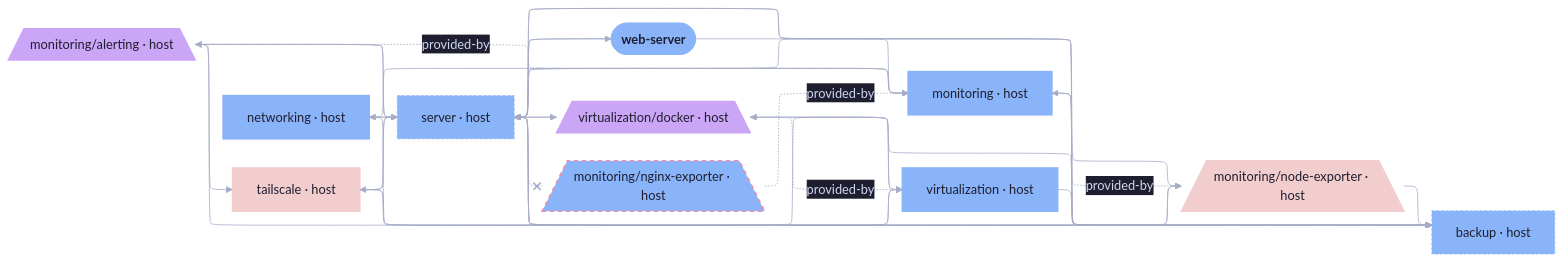
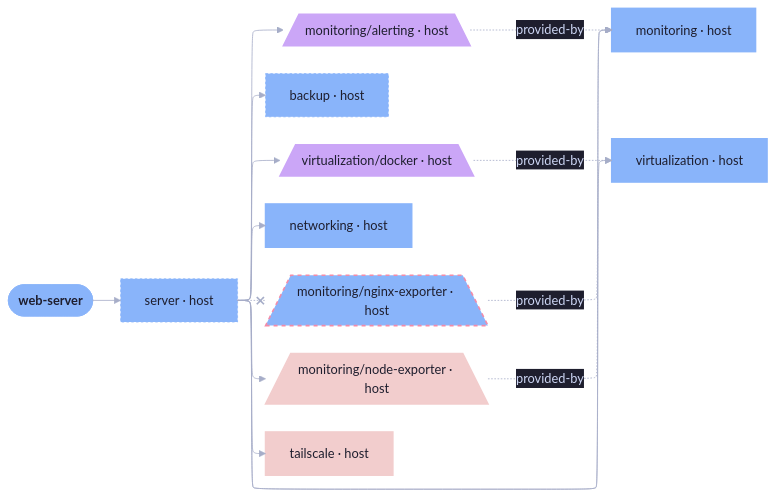
One commit to sini/den changed the diagram in templates/diag-fx-demo/diagrams/web-server-decisions.md. Above: the diagram before and after it, drawn with Mermaid. The commit also changed 849 other files, not shown here.

Commit message:
chore: update fx diagrams

````diff
--- a/templates/diag-fx-demo/diagrams/web-server-decisions.md
+++ b/templates/diag-fx-demo/diagrams/web-server-decisions.md
@@ -5,65 +5,43 @@
 ```mermaid
 %%{init: {"elk":{"mergeEdges":true,"nodePlacementStrategy":"BRANDES_KOEPF"},"layout":"elk","theme":"base","themeVariables":{"activationBkgColor":"#313244","activationBorderColor":"#6c7086","actorBkg":"#313244","actorBorder":"#a6adc8","actorLineColor":"#a6adc8","actorTextColor":"#cdd6f4","background":"#1e1e2e","classText":"#cdd6f4","clusterBkg":"#313244","clusterBorder":"#6c7086","edgeLabelBackground":"#1e1e2e","labelBoxBkgColor":"#313244","labelBoxBorderColor":"#a6adc8","labelTextColor":"#cdd6f4","lineColor":"#a6adc8","loopTextColor":"#cdd6f4","mainBkg":"#313244","nodeBkg":"#313244","nodeBorder":"#a6adc8","nodeTextColor":"#cdd6f4","noteBkgColor":"#313244","noteBorderColor":"#6c7086","noteTextColor":"#cdd6f4","pie1":"#f38ba8","pie2":"#fab387","pie3":"#f9e2af","pie4":"#a6e3a1","pie5":"#94e2d5","pie6":"#89b4fa","pie7":"#cba6f7","pie8":"#f2cdcd","pieLegendTextColor":"#cdd6f4","pieOuterStrokeColor":"#6c7086","pieSectionTextColor":"#cdd6f4","pieStrokeColor":"#6c7086","pieTitleTextColor":"#cdd6f4","primaryBorderColor":"#a6adc8","primaryColor":"#313244","primaryTextColor":"#cdd6f4","secondBkg":"#313244","secondaryBorderColor":"#6c7086","secondaryColor":"#313244","secondaryTextColor":"#cdd6f4","sequenceNumberColor":"#1e1e2e","signalColor":"#a6adc8","signalTextColor":"#cdd6f4","tertiaryBorderColor":"#6c7086","tertiaryColor":"#313244","tertiaryTextColor":"#cdd6f4","textColor":"#cdd6f4","titleColor":"#cdd6f4"}}}%%
 graph LR
   web_server([web-server]):::root
   monitoring__alerting[/"monitoring/alerting · host"\]:::monitoring__alerting_c
   backup["backup · host"]:::backup_c
   virtualization__docker[/"virtualization/docker · host"\]:::virtualization__docker_c
   monitoring["monitoring · host"]:::monitoring_c
   networking["networking · host"]:::networking_c
   monitoring__nginx_exporter[/"monitoring/nginx-exporter · host"\]:::monitoring__nginx_exporter_c
   monitoring__node_exporter[/"monitoring/node-exporter · host"\]:::monitoring__node_exporter_c
   server["server · host"]:::server_c
   tailscale["tailscale · host"]:::tailscale_c
   virtualization["virtualization · host"]:::virtualization_c
 
-  backup --> server
-  monitoring --> backup
-  monitoring__alerting --> backup
-  monitoring__node_exporter --> backup
-  networking --> backup
+  server --> monitoring__alerting
   server --> backup
-  tailscale --> backup
-  virtualization --> backup
-  virtualization__docker --> backup
-  web_server --> backup
-  monitoring --> server
-  monitoring__alerting --> server
-  monitoring__node_exporter --> server
-  networking --> server
-  tailscale --> server
-  virtualization --> server
-  virtualization__docker --> server
-  web_server --> server
-  monitoring --> monitoring__node_exporter
-  monitoring__alerting --> tailscale
-  networking --> monitoring
-  server --> monitoring__alerting
   server --> virtualization__docker
   server --> monitoring
   server --> networking
   server -.-x monitoring__nginx_exporter
   server --> monitoring__node_exporter
   server --> tailscale
   server --> virtualization
-  server --> web_server
-  tailscale --> virtualization
-  virtualization --> virtualization__docker
+  web_server --> server
   monitoring__node_exporter -.->|provided-by| monitoring
   monitoring__nginx_exporter -.->|provided-by| monitoring
   monitoring__alerting -.->|provided-by| monitoring
   virtualization__docker -.->|provided-by| virtualization
 
   classDef root fill:#89b4fa,stroke:#89b4fa,color:#1e1e2e,font-weight:bold
   classDef monitoring__alerting_c fill:#cba6f7,stroke:#cba6f7,color:#1e1e2e,stroke-width:2px
   classDef backup_c fill:#89b4fa,stroke:#89b4fa,color:#1e1e2e,stroke-dasharray: 3 3,stroke-width:1px
   classDef virtualization__docker_c fill:#cba6f7,stroke:#cba6f7,color:#1e1e2e,stroke-width:2px
   classDef monitoring_c fill:#89b4fa,stroke:#89b4fa,color:#1e1e2e,stroke-width:2px
   classDef networking_c fill:#89b4fa,stroke:#89b4fa,color:#1e1e2e,stroke-width:2px
   classDef monitoring__nginx_exporter_c fill:#89b4fa,stroke:#f38ba8,color:#1e1e2e,stroke-dasharray: 5 5,stroke-width:2px
   classDef monitoring__node_exporter_c fill:#f2cdcd,stroke:#f2cdcd,color:#1e1e2e,stroke-width:2px
   classDef server_c fill:#89b4fa,stroke:#89b4fa,color:#1e1e2e,stroke-dasharray: 3 3,stroke-width:1px
   classDef tailscale_c fill:#f2cdcd,stroke:#f2cdcd,color:#1e1e2e,stroke-width:2px
   classDef virtualization_c fill:#89b4fa,stroke:#89b4fa,color:#1e1e2e,stroke-width:2px
-  classDef web_server_c fill:#cba6f7,stroke:#cba6f7,color:#1e1e2e,stroke-width:3px
+  classDef web_server_c fill:#cba6f7,stroke:#cba6f7,color:#1e1e2e,stroke-width:2px
 ```
````
